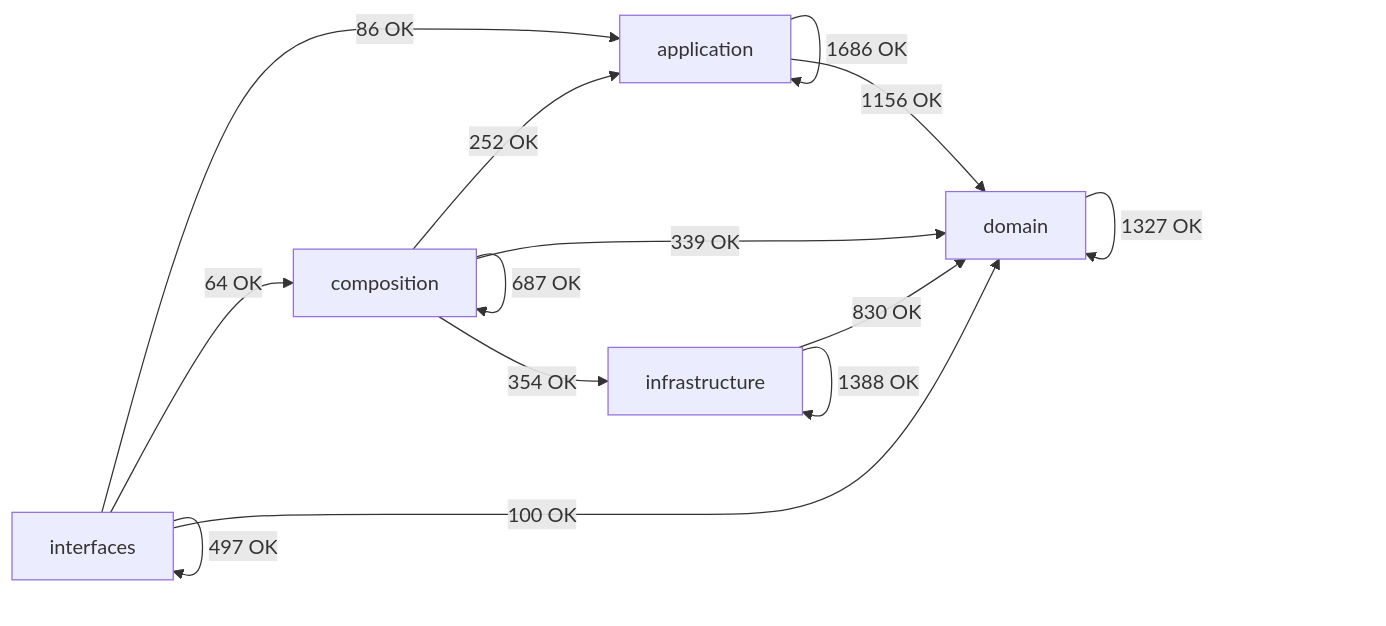
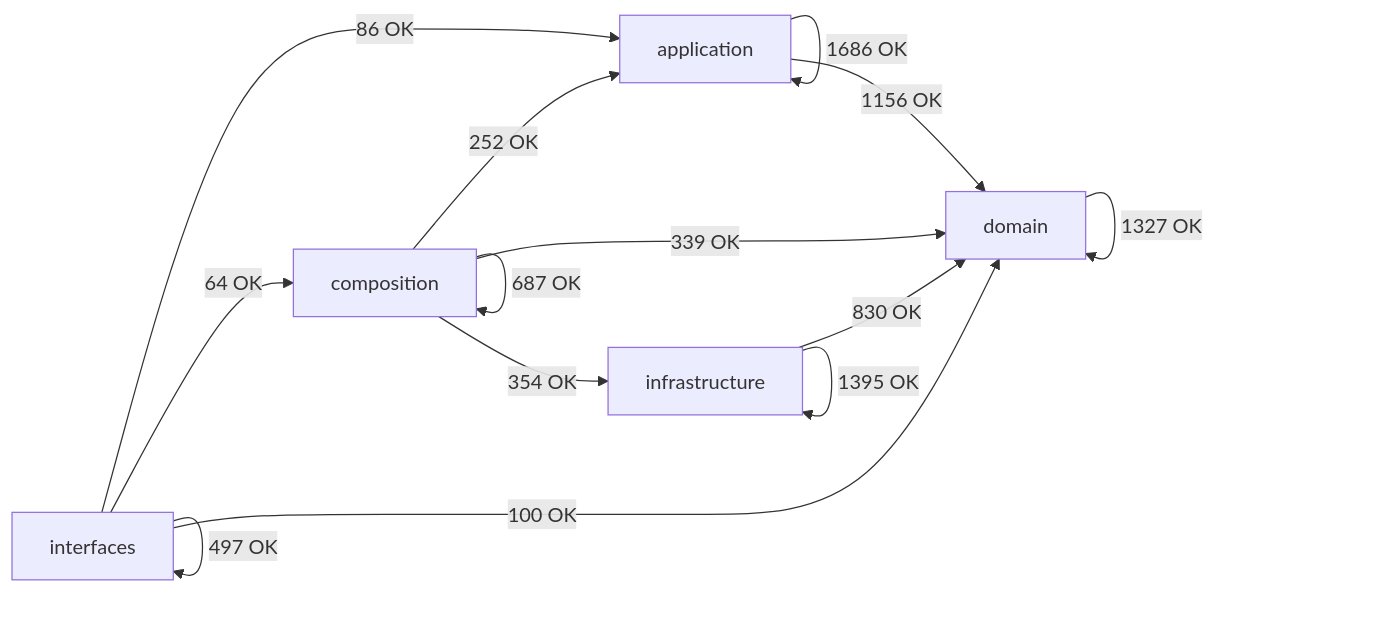
One commit to SatoryKono/BioactivityDataAcquisition changed the diagram in docs/02-architecture/generated/module-dependency-map.md. Above: the diagram before and after it, drawn with Mermaid. The commit also changed other lines of this file and 1 other file, not shown here.

First line of the commit message:
fix(docs): refresh architecture module-dependency-map fingerprint

````diff
--- a/docs/02-architecture/generated/module-dependency-map.md
+++ b/docs/02-architecture/generated/module-dependency-map.md
@@ -17,21 +17,21 @@
 ```mermaid
 flowchart LR
     domain[domain]
     application[application]
     infrastructure[infrastructure]
     composition[composition]
     interfaces[interfaces]
     application -->|1686 OK| application
     application -->|1156 OK| domain
     composition -->|252 OK| application
     composition -->|687 OK| composition
     composition -->|339 OK| domain
     composition -->|354 OK| infrastructure
     domain -->|1327 OK| domain
     infrastructure -->|830 OK| domain
-    infrastructure -->|1388 OK| infrastructure
+    infrastructure -->|1395 OK| infrastructure
     interfaces -->|86 OK| application
     interfaces -->|64 OK| composition
     interfaces -->|100 OK| domain
     interfaces -->|497 OK| interfaces
 ```
````
